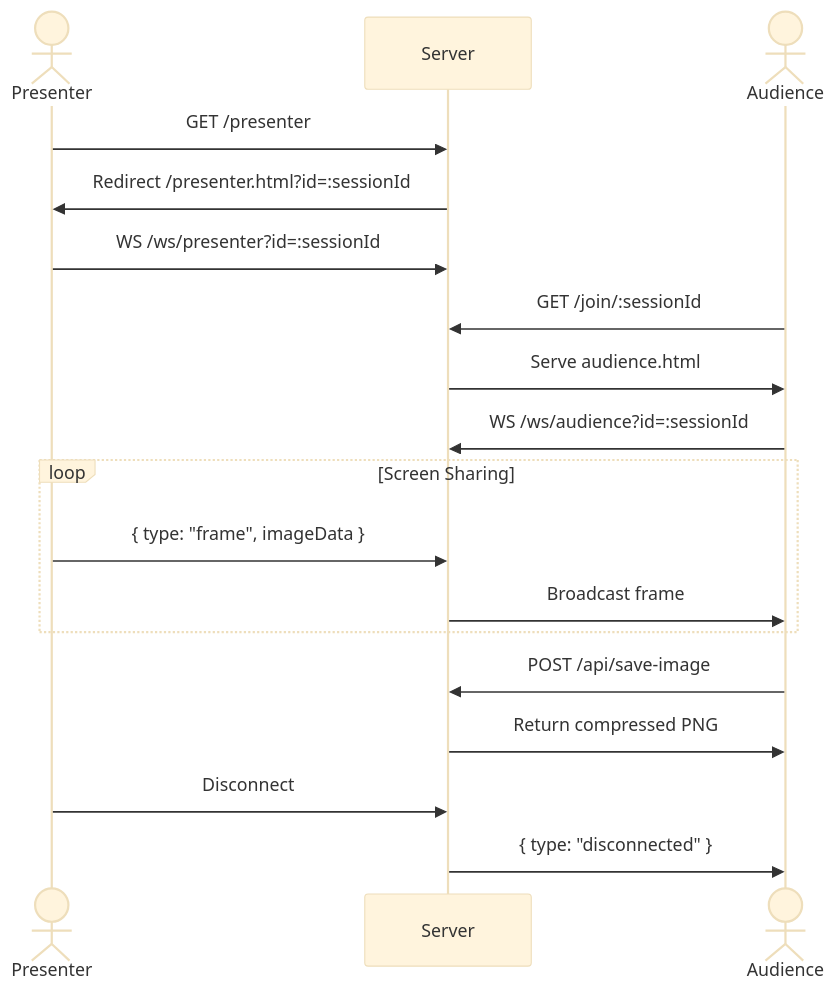
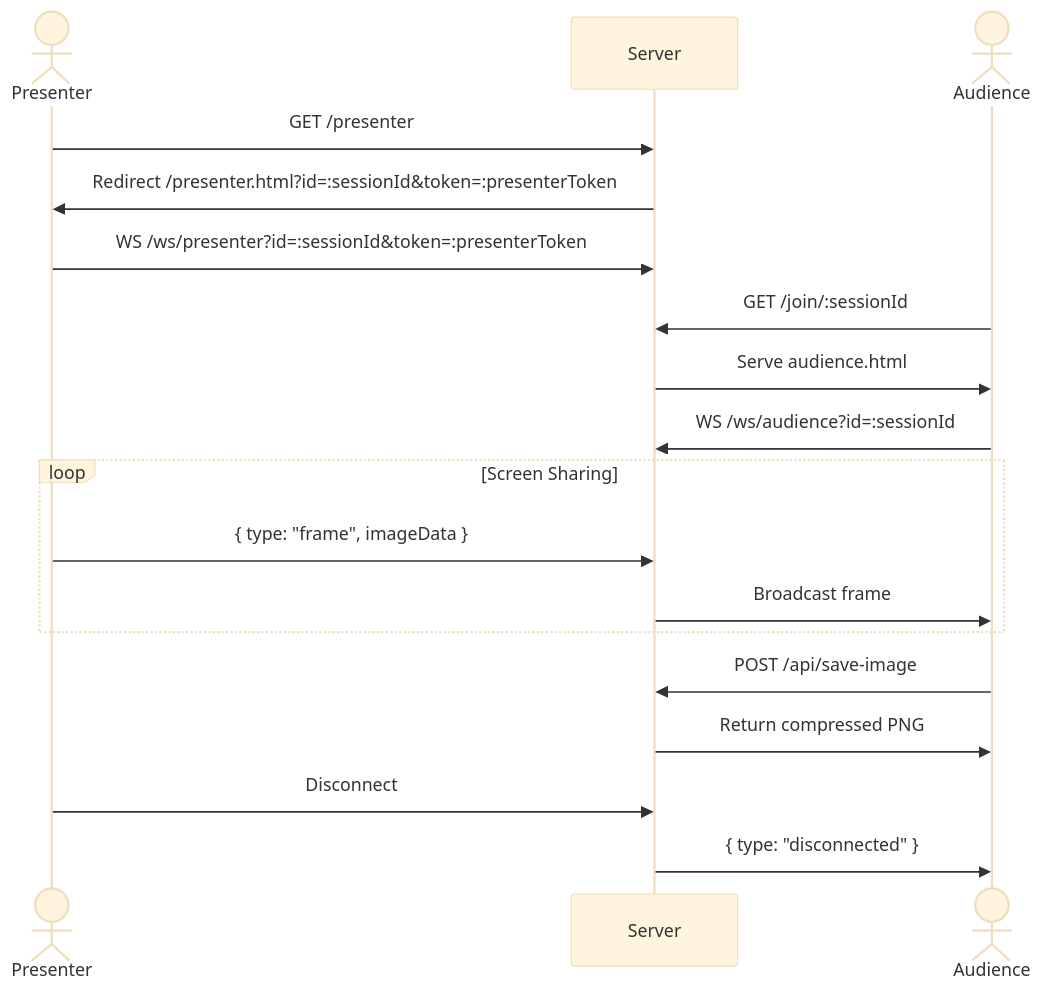
Before and after one commit to gongahkia/picpocket: the diagram in README.md, drawn with Mermaid (base theme). The commit also changed other lines of this file and 3 other files, not shown here.

````diff
--- a/README.md
+++ b/README.md
@@ -65,25 +66,25 @@
 ```mermaid
 sequenceDiagram
     actor Presenter as Presenter
     participant Server
     actor Audience as Audience
 
     Presenter->>Server: GET /presenter
-    Server->>Presenter: Redirect /presenter.html?id=:sessionId
-    Presenter->>Server: WS /ws/presenter?id=:sessionId
+    Server->>Presenter: Redirect /presenter.html?id=:sessionId&token=:presenterToken
+    Presenter->>Server: WS /ws/presenter?id=:sessionId&token=:presenterToken
 
     Audience->>Server: GET /join/:sessionId
     Server->>Audience: Serve audience.html
     Audience->>Server: WS /ws/audience?id=:sessionId
 
     loop Screen Sharing
         Presenter->>Server: { type: "frame", imageData }
         Server->>Audience: Broadcast frame
     end
 
     Audience->>Server: POST /api/save-image
     Server->>Audience: Return compressed PNG
 
     Presenter->>Server: Disconnect
     Server->>Audience: { type: "disconnected" }
 ```
````
